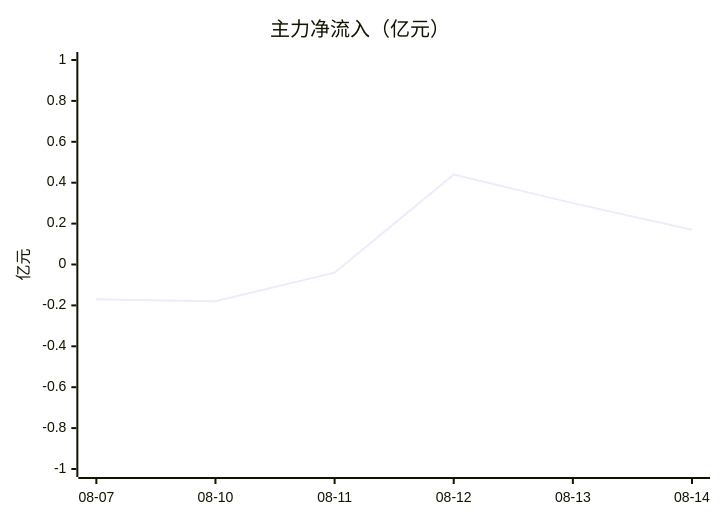
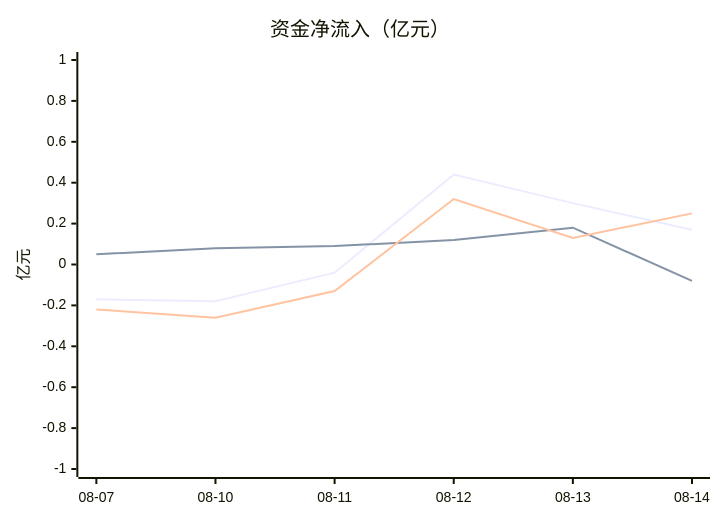
One commit to colin-plus/trader changed the diagram in 03-市场研究/个股档案/成都银行（601838）/资金流向.md. Above: the diagram before and after it, drawn with Mermaid. The commit also changed other lines of this file and 2 other files, not shown here.

Commit message:
资金流向升级：表格加中单/小单列（全谱系），mermaid 多折线（主力/超大/大单已画，中单/小单待接口恢复自动补）

````diff
--- a/03-市场研究/个股档案/成都银行（601838）/资金流向.md
+++ b/03-市场研究/个股档案/成都银行（601838）/资金流向.md
@@ -26,7 +27,9 @@
 ```mermaid
 xychart-beta
-    title "主力净流入（亿元）"
+    title "资金净流入（亿元）"
     x-axis ["08-07", "08-10", "08-11", "08-12", "08-13", "08-14"]
     y-axis "亿元" -1 --> 1
     line [-0.17, -0.18, -0.04, 0.44, 0.30, 0.17]
+    line [0.05, 0.08, 0.09, 0.12, 0.18, -0.08]
+    line [-0.22, -0.26, -0.13, 0.32, 0.13, 0.25]
 ```
````
